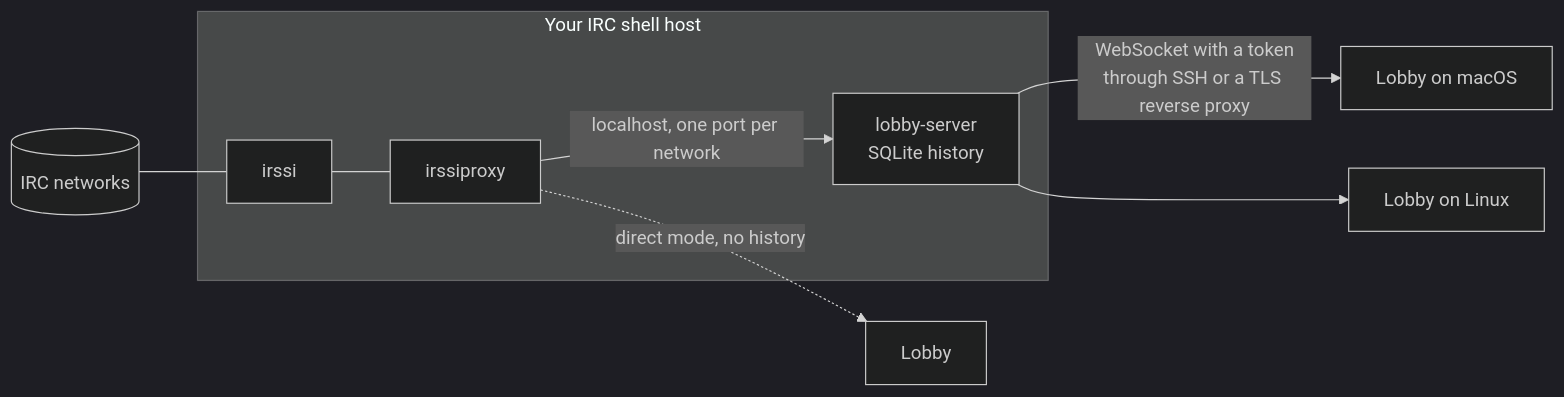
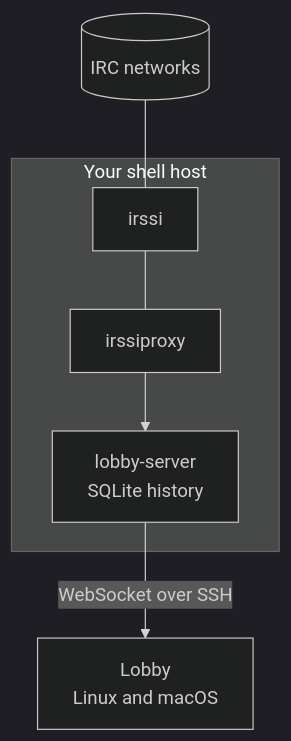
The first of 2 diagrams in README.md (pulinairc/pulina-app), drawn with Mermaid (dark theme) before and after one commit. The commit also changed other lines of this file and 2 other files, not shown here.

Commit message:
Change README to a presentable one

````diff
--- a/README.md
+++ b/README.md
@@ -13,13 +40,9 @@
 ```mermaid
-flowchart LR
+flowchart TB
     nets[(IRC networks)] --- irssi
-
-    subgraph shell [Your IRC shell host]
+    subgraph host [Your shell host]
         irssi --- proxy[irssiproxy]
-        proxy -- "localhost, one port per network" --> server["lobby-server<br/>SQLite history"]
+        proxy --> server[lobby-server<br/>SQLite history]
     end
-
-    server -- "WebSocket with a token<br/>through SSH or a TLS reverse proxy" --> mac[Lobby on macOS]
-    server --> linux[Lobby on Linux]
-    proxy -. "direct mode, no history" .-> direct[Lobby]
+    server -->|WebSocket over SSH| app[Lobby<br/>Linux and macOS]
 ```
````
